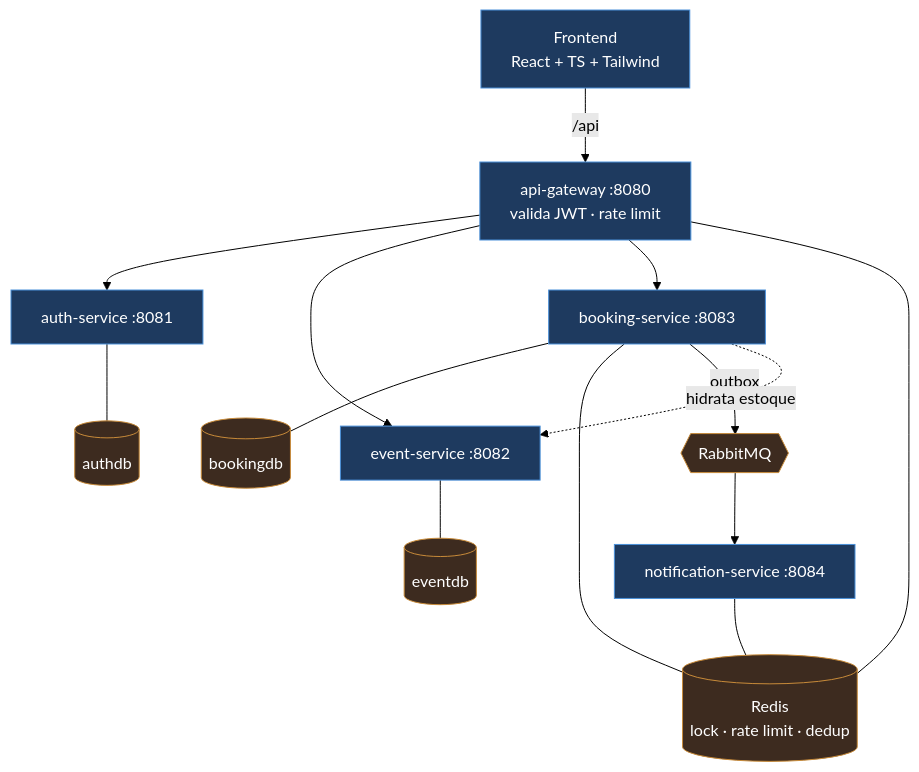
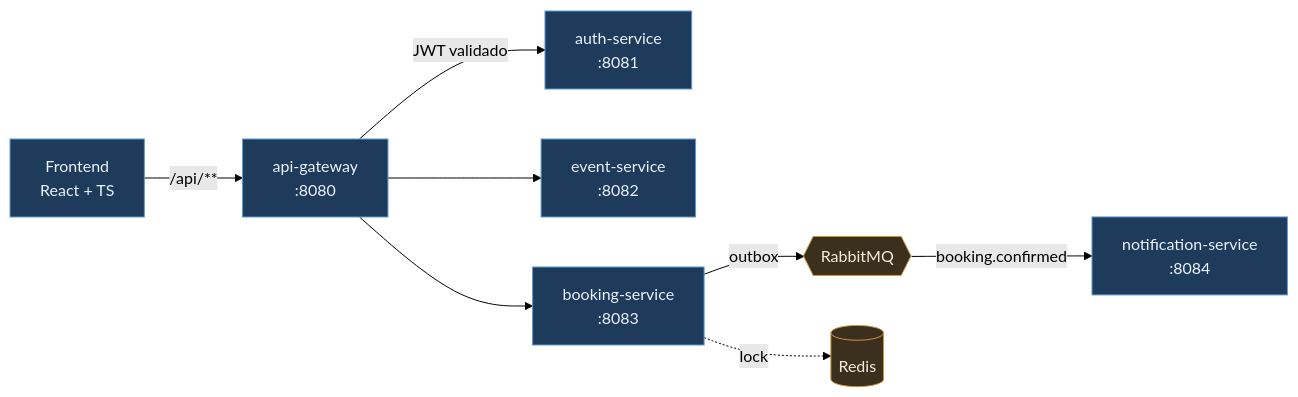
One commit to devBandeiraa/ticket-platform changed the diagram in README.md. Above: the diagram before and after it, drawn with Mermaid (forest theme). The commit also changed other lines of this file, not shown here.

First paragraph of the commit message:
docs: reescreve o README para apresentacao do projeto (#14)
* docs: reescreve o README para apresentacao do projeto

````diff
--- a/README.md
+++ b/README.md
@@ -157,34 +157,24 @@
 ```mermaid
-flowchart TD
-    F["Frontend<br/>React + TS + Tailwind"]
-    G["api-gateway :8080<br/>valida JWT · rate limit"]
-    A["auth-service :8081"]
-    E["event-service :8082"]
-    B["booking-service :8083"]
-    N["notification-service :8084"]
+flowchart LR
+    F["Frontend<br/>React + TS"]
+    G["api-gateway<br/>:8080"]
+    A["auth-service<br/>:8081"]
+    E["event-service<br/>:8082"]
+    B["booking-service<br/>:8083"]
+    Q{{"RabbitMQ"}}
+    N["notification-service<br/>:8084"]
+    R[("Redis")]
 
-    ADB[("authdb")]
-    EDB[("eventdb")]
-    BDB[("bookingdb")]
-    R[("Redis<br/>lock · rate limit · dedup")]
-    Q{{"RabbitMQ"}}
-
-    F -->|/api| G
-    G --> A
+    F -->|"/api/**"| G
+    G -->|JWT validado| A
     G --> E
     G --> B
-    A --- ADB
-    E --- EDB
-    B --- BDB
-    B --- R
-    G --- R
     B -->|outbox| Q
-    Q --> N
-    N --- R
-    B -.->|hidrata estoque| E
+    Q -->|booking.confirmed| N
+    B -.->|lock| R
 
-    classDef svc fill:#1e3a5f,stroke:#4a90d9,color:#fff
-    classDef infra fill:#3d2b1f,stroke:#c88b3a,color:#fff
+    classDef svc fill:#1f3b5c,stroke:#5b9bd5,color:#eaf2fb
+    classDef infra fill:#3b2f1e,stroke:#c8963e,color:#f7eddb
     class F,G,A,E,B,N svc
-    class ADB,EDB,BDB,R,Q infra
+    class Q,R infra
 ```
````
